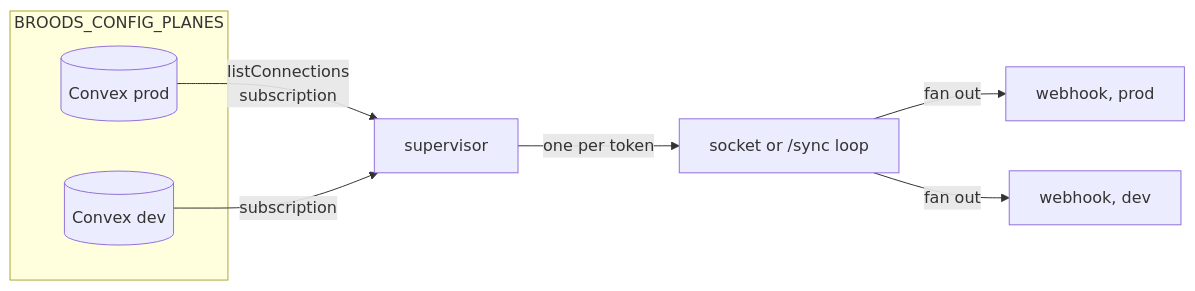
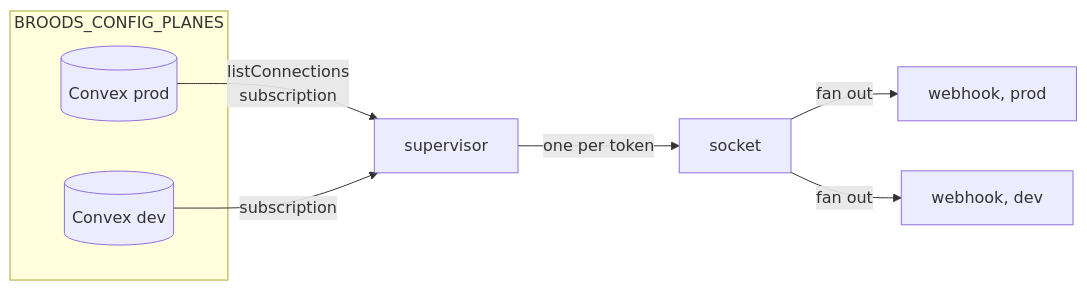
One commit to beeblastco/broods changed the sixth of 8 diagrams in apps/docs/docs/internals/operations.md. Above: the diagram before and after it, drawn with Mermaid. The commit also changed other lines of this file and 77 other files, not shown here.

````diff
--- a/apps/docs/docs/internals/operations.md
+++ b/apps/docs/docs/internals/operations.md
@@ -216,12 +210,12 @@
 ```mermaid
 flowchart LR
   subgraph planes["BROODS_CONFIG_PLANES"]
     P1[("Convex prod")]
     P2[("Convex dev")]
   end
   P1 -->|"listConnections<br/>subscription"| Sup[supervisor]
   P2 -->|subscription| Sup
-  Sup -->|one per token| Conn["socket or /sync loop"]
+  Sup -->|one per token| Conn["socket"]
   Conn -->|fan out| W1["webhook, prod"]
   Conn -->|fan out| W2["webhook, dev"]
 ```
````
